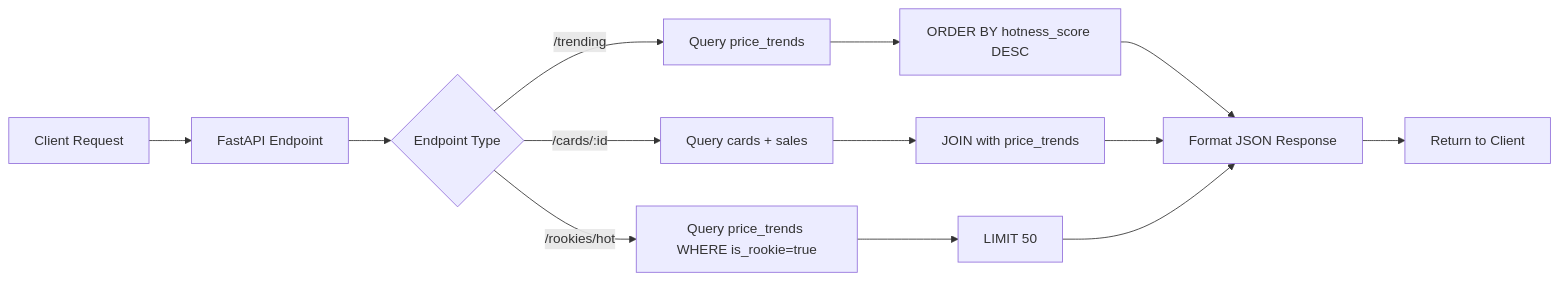
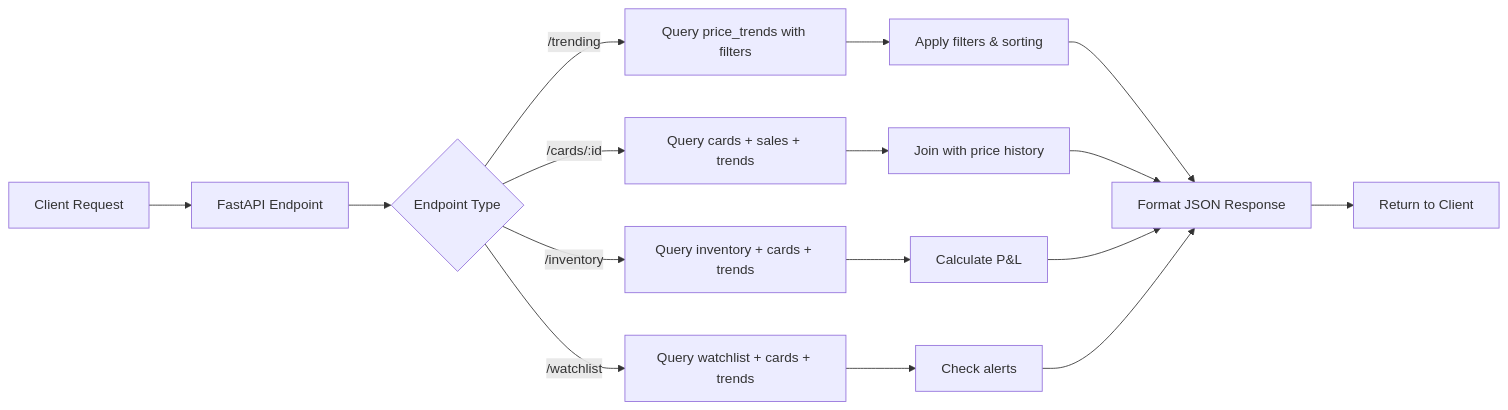
One commit to tweedledee101/TradingCards changed the third of 8 diagrams in docs/architecture/diagrams/data-flow.md. Above: the diagram before and after it, drawn with Mermaid. The commit also changed other lines of this file and 42 other files, not shown here.

First line of the commit message:
feat: complete inventory system, watchlist, and documentation updates

````diff
--- a/docs/architecture/diagrams/data-flow.md
+++ b/docs/architecture/diagrams/data-flow.md
@@ -66,19 +70,22 @@
 ```mermaid
 graph LR
     A[Client Request] --> B[FastAPI Endpoint]
     B --> C{Endpoint Type}
     
-    C -->|/trending| D[Query price_trends]
-    C -->|/cards/:id| E[Query cards + sales]
-    C -->|/rookies/hot| F[Query price_trends WHERE is_rookie=true]
+    C -->|/trending| D[Query price_trends with filters]
+    C -->|/cards/:id| E[Query cards + sales + trends]
+    C -->|/inventory| F[Query inventory + cards + trends]
+    C -->|/watchlist| G[Query watchlist + cards + trends]
     
-    D --> G[ORDER BY hotness_score DESC]
-    E --> H[JOIN with price_trends]
-    F --> I[LIMIT 50]
+    D --> H[Apply filters & sorting]
+    E --> I[Join with price history]
+    F --> J[Calculate P&L]
+    G --> K[Check alerts]
     
-    G --> J[Format JSON Response]
-    H --> J
-    I --> J
+    H --> L[Format JSON Response]
+    I --> L
+    J --> L
+    K --> L
     
-    J --> K[Return to Client]
+    L --> M[Return to Client]
 ```
````
